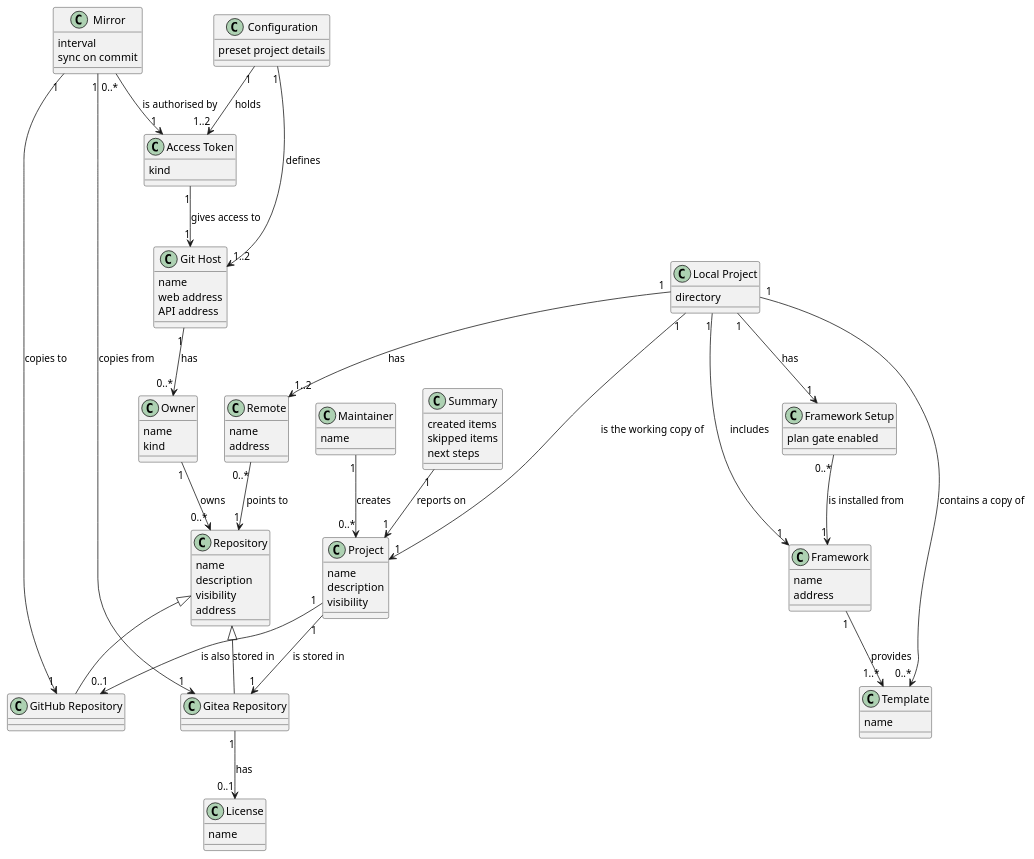
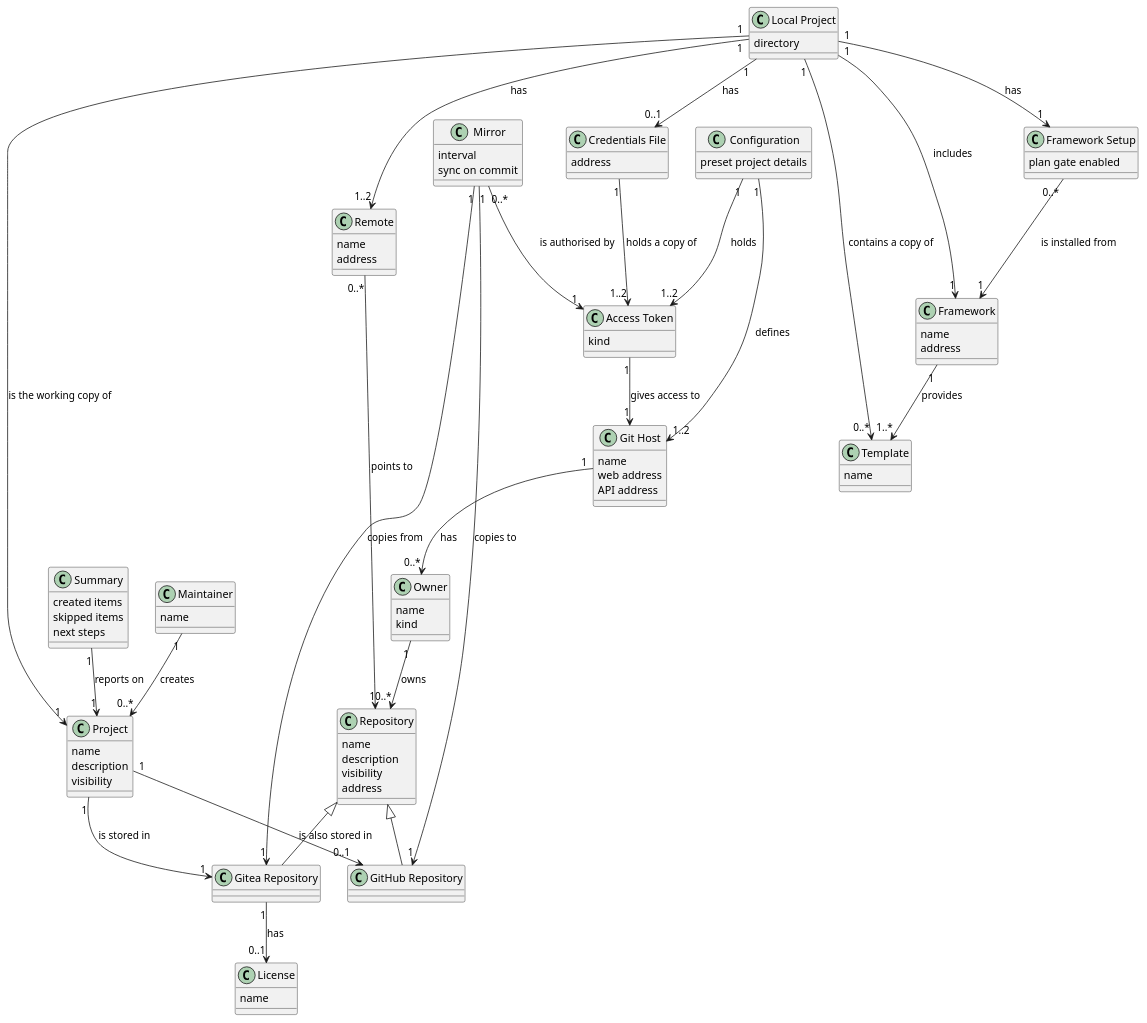
The diagram in docs/domain-model.md (TirSystem-BashScript/RepoFoundry), drawn with PlantUML before and after one commit. The commit also changed other lines of this file and 16 other files, not shown here.

First line of the commit message:
Plan MIL-005: ask for missing credentials and create the project .env

````diff
--- a/docs/domain-model.md
+++ b/docs/domain-model.md
@@ -79,6 +79,9 @@
 class Template {
   name
 }
+class "Credentials File" as CredentialsFile {
+  address
+}
 class Summary {
   created items
   skipped items
@@ -108,6 +111,8 @@
 FrameworkSetup "0..*" --> "1" Framework : is installed from
 Framework "1" --> "1..*" Template : provides
 LocalProject "1" --> "0..*" Template : contains a copy of
+LocalProject "1" --> "0..1" CredentialsFile : has
+CredentialsFile "1" --> "1..2" AccessToken : holds a copy of
 Summary "1" --> "1" Project : reports on
 @enduml
 ```
````
